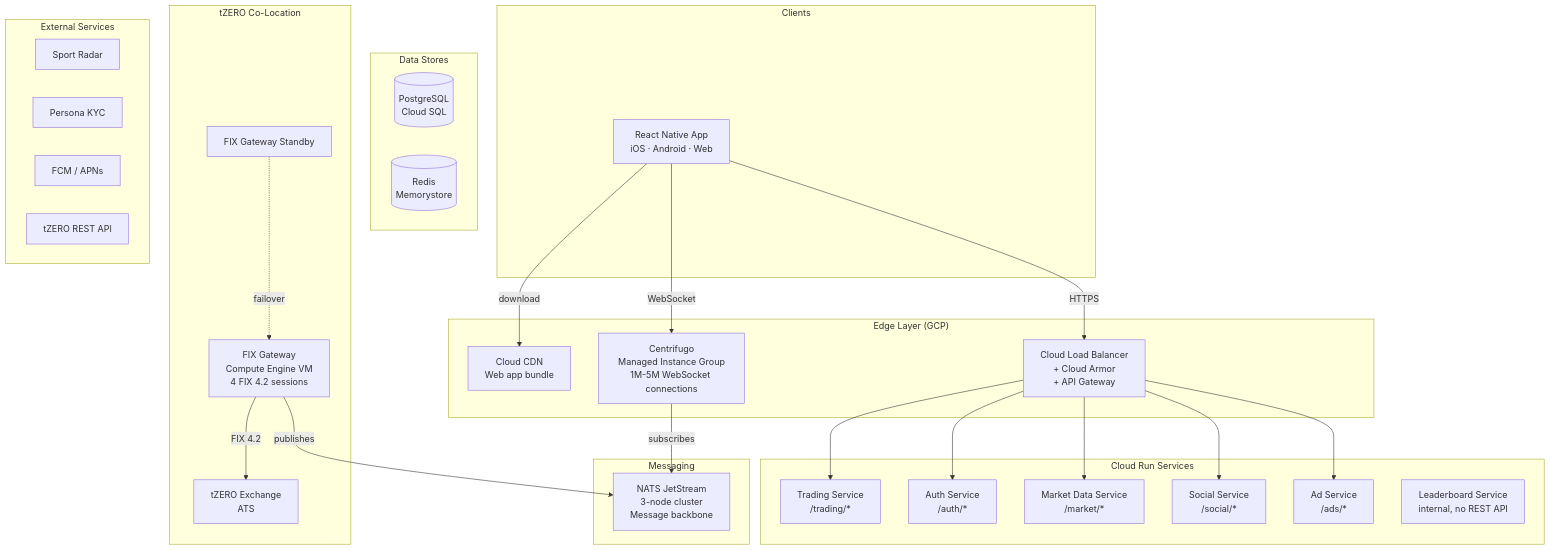
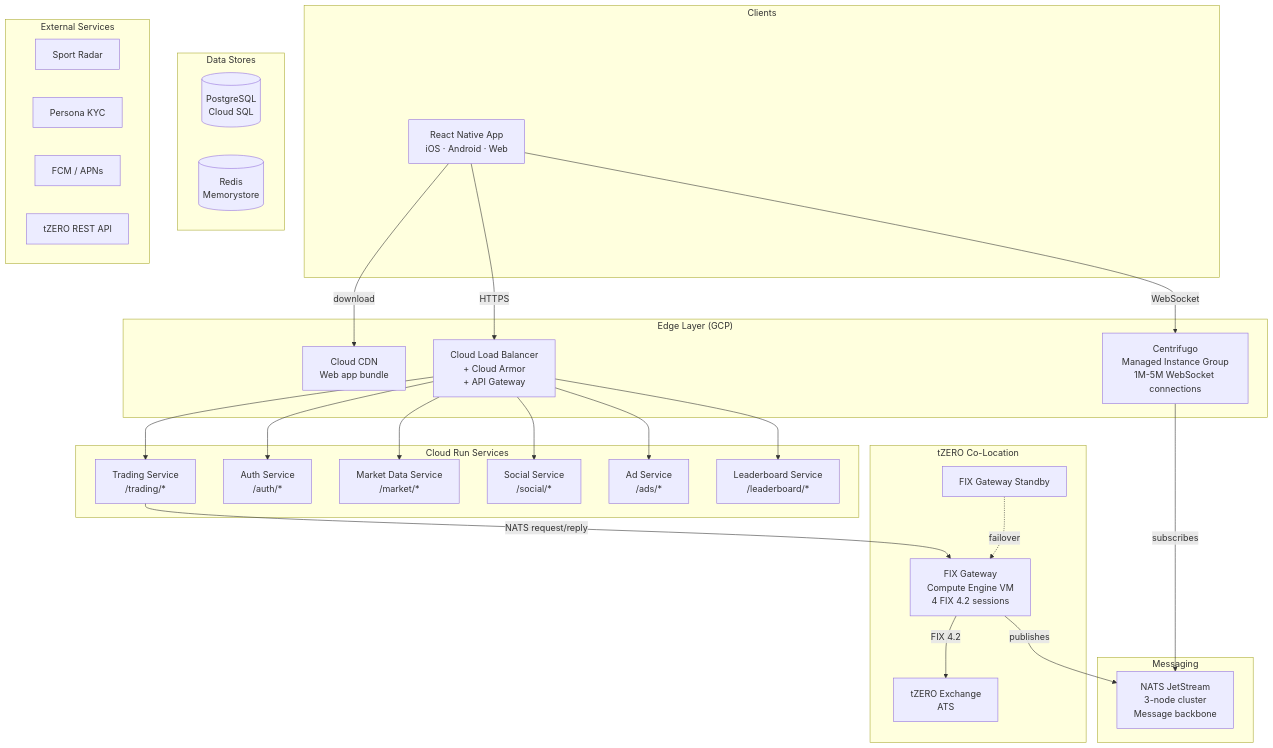
Before and after one commit to Novosapien/inplay-vault: the first of 4 diagrams in vault/architecture/architecture.md, drawn with Mermaid. The commit also changed other lines of this file and 3 other files, not shown here.

First line of the commit message:
Fix service connections: Trading→FIX via NATS request/reply, Leaderboard gets REST API

````diff
--- a/vault/architecture/architecture.md
+++ b/vault/architecture/architecture.md
@@ -21,57 +21,59 @@
 ```mermaid
 graph TB
     subgraph Clients
         APP[React Native App<br/>iOS · Android · Web]
     end
 
     subgraph Edge["Edge Layer (GCP)"]
         CDN[Cloud CDN<br/>Web app bundle]
         LB[Cloud Load Balancer<br/>+ Cloud Armor<br/>+ API Gateway]
         CENT[Centrifugo<br/>Managed Instance Group<br/>1M-5M WebSocket connections]
     end
 
     subgraph CloudRun["Cloud Run Services"]
         TRADING[Trading Service<br/>/trading/*]
         AUTH[Auth Service<br/>/auth/*]
         MARKET[Market Data Service<br/>/market/*]
         SOCIAL[Social Service<br/>/social/*]
         ADS[Ad Service<br/>/ads/*]
-        LEADER[Leaderboard Service<br/>internal, no REST API]
+        LEADER[Leaderboard Service<br/>/leaderboard/*]
     end
 
     subgraph Messaging
         NATS[NATS JetStream<br/>3-node cluster<br/>Message backbone]
     end
 
     subgraph Data["Data Stores"]
         PG[(PostgreSQL<br/>Cloud SQL)]
         REDIS[(Redis<br/>Memorystore)]
     end
 
     subgraph tZero["tZERO Co-Location"]
         FIX[FIX Gateway<br/>Compute Engine VM<br/>4 FIX 4.2 sessions]
         FIX_STANDBY[FIX Gateway Standby]
         TZERO[tZERO Exchange<br/>ATS]
     end
 
     subgraph External["External Services"]
         SR[Sport Radar]
         PERSONA[Persona KYC]
         FCM[FCM / APNs]
         TZERO_REST[tZERO REST API]
     end
 
     APP -- WebSocket --> CENT
     APP -- HTTPS --> LB
     APP -- download --> CDN
     LB --> TRADING
     LB --> AUTH
     LB --> MARKET
     LB --> SOCIAL
     LB --> ADS
+    LB --> LEADER
 
+    TRADING -- "NATS request/reply" --> FIX
     CENT -- subscribes --> NATS
     FIX -- publishes --> NATS
     FIX -- FIX 4.2 --> TZERO
     FIX_STANDBY -. failover .-> FIX
 ```
````
